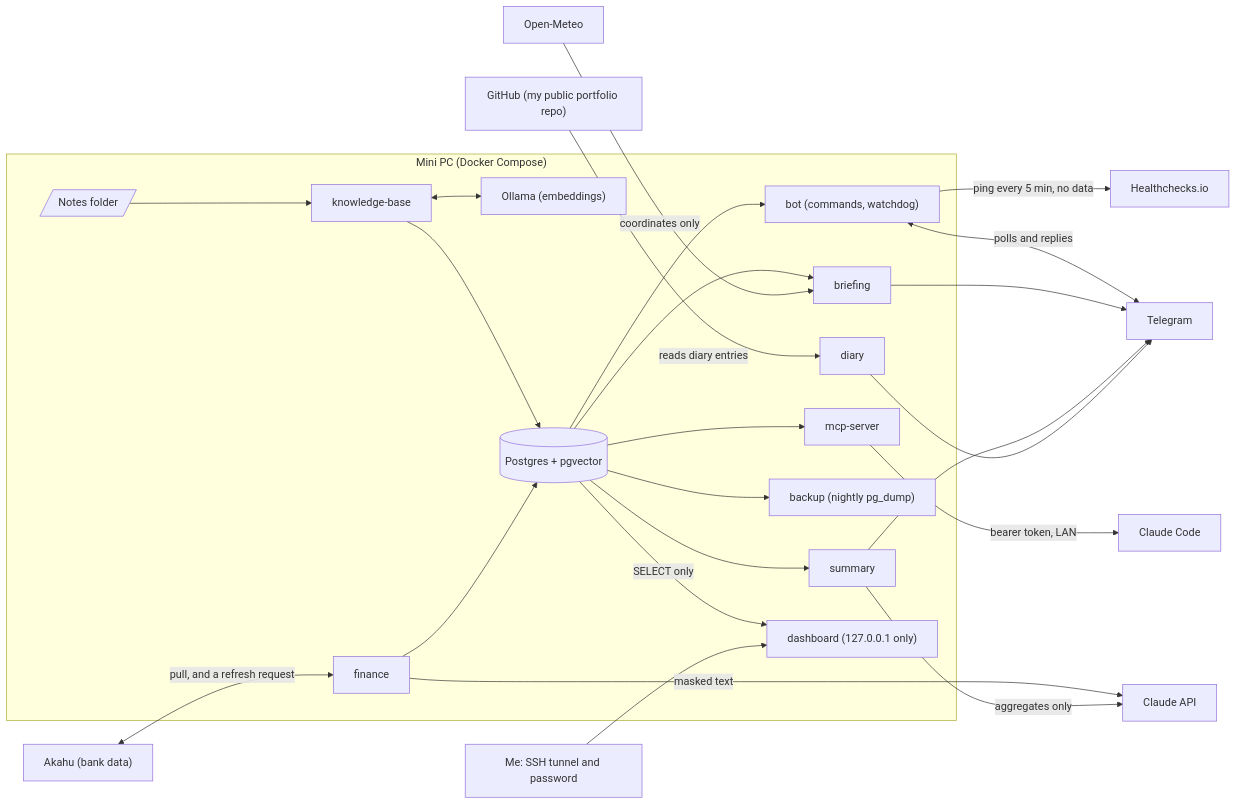
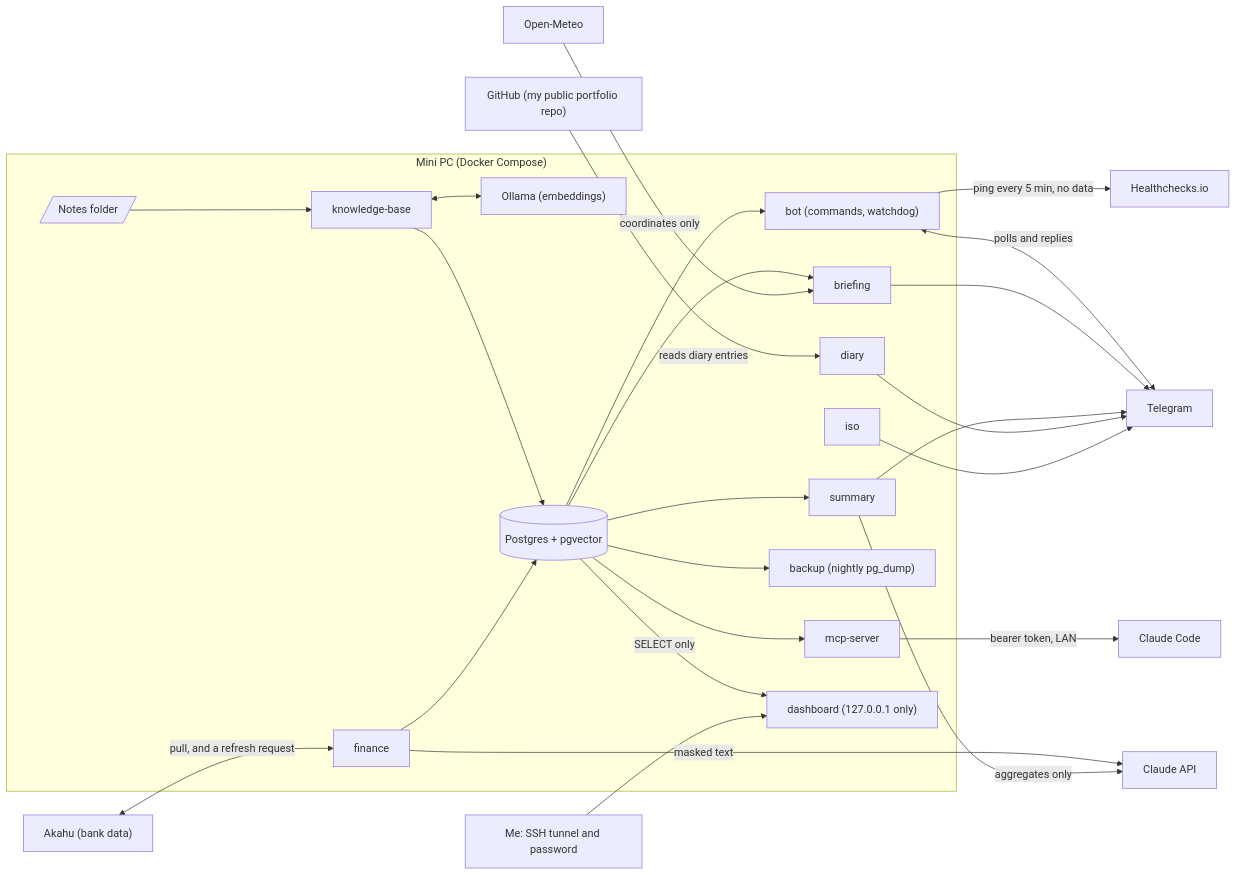
Before and after one commit to charles-goodsir/personal-ops-platform: the diagram in README.md, drawn with Mermaid. The commit also changed other lines of this file and 3 other files, not shown here.

````diff
--- a/README.md
+++ b/README.md
@@ -15,39 +15,41 @@
 ```mermaid
 flowchart LR
   subgraph home["Mini PC (Docker Compose)"]
     kb["knowledge-base"]
     ollama["Ollama (embeddings)"]
     fin["finance"]
     db[("Postgres + pgvector")]
     mcp["mcp-server"]
     brief["briefing"]
     sum["summary"]
     diary["diary"]
+    iso["iso"]
     backup["backup (nightly pg_dump)"]
     bot["bot (commands, watchdog)"]
     dash["dashboard (127.0.0.1 only)"]
     notes[/"Notes folder"/]
   end
   akahu["Akahu (bank data)"] <-- "pull, and a refresh request" --> fin
   notes --> kb
   kb <--> ollama
   kb --> db
   fin --> db
   fin -- "masked text" --> api["Claude API"]
   db --> mcp
   db --> brief
   db --> sum
   db --> backup
   sum -- "aggregates only" --> api
   weather["Open-Meteo"] -- "coordinates only" --> brief
   mcp -- "bearer token, LAN" --> claude["Claude Code"]
   db --> bot
   db -- "SELECT only" --> dash
   me["Me: SSH tunnel and password"] --> dash
   bot <-- "polls and replies" --> tg["Telegram"]
   brief --> tg
   sum --> tg
   diary --> tg
+  iso --> tg
   gh["GitHub (my public portfolio repo)"] -- "reads diary entries" --> diary
   bot -- "ping every 5 min, no data" --> hc["Healthchecks.io"]
 ```
````
